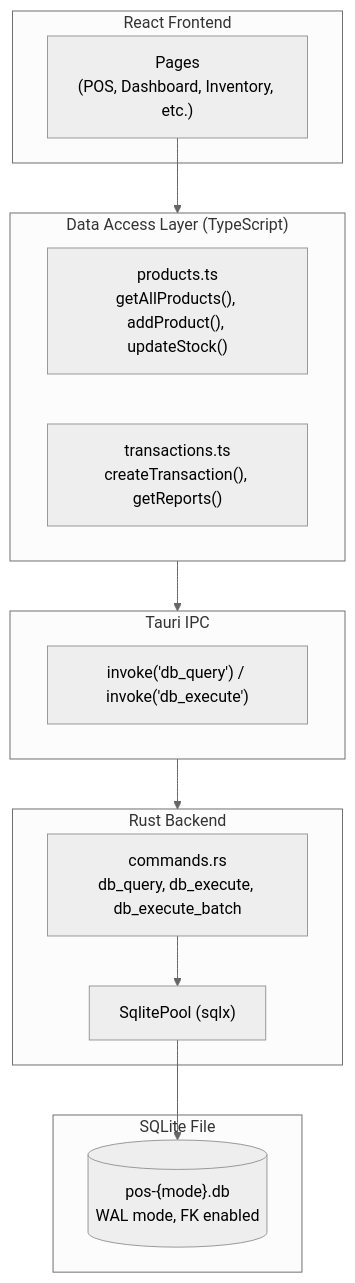
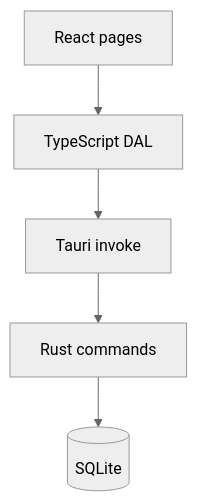
One commit to BootlegYouki/at-iba-pa-pos changed the first of 3 diagrams in docs/03-database.md. Above: the diagram before and after it, drawn with Mermaid (neutral theme). The commit also changed other lines of this file and 10 other files, not shown here.

First line of the commit message:
Refactor user guide and database schema documentation; enhance export reports feature

````diff
--- a/docs/03-database.md
+++ b/docs/03-database.md
@@ -7,30 +7,13 @@
 ```mermaid
 graph TB
-    subgraph Frontend["React Frontend"]
-        Pages["Pages<br/>(POS, Dashboard, Inventory, etc.)"]
-    end
+    UI["React pages"]
+    DAL["TypeScript DAL"]
+    IPC["Tauri invoke"]
+    Rust["Rust commands"]
+    DB[("SQLite")]
 
-    subgraph DAL["Data Access Layer (TypeScript)"]
-        ProductsDAL["products.ts<br/>getAllProducts(), addProduct(), updateStock()"]
-        TransactionsDAL["transactions.ts<br/>createTransaction(), getReports()"]
-    end
-
-    subgraph IPC["Tauri IPC"]
-        Invoke["invoke('db_query') / invoke('db_execute')"]
-    end
-
-    subgraph Rust["Rust Backend"]
-        Commands["commands.rs<br/>db_query, db_execute, db_execute_batch"]
-        Pool["SqlitePool (sqlx)"]
-    end
-
-    subgraph Storage["SQLite File"]
-        DB[("pos-{mode}.db<br/>WAL mode, FK enabled")]
-    end
-
-    Pages --> DAL
+    UI --> DAL
     DAL --> IPC
     IPC --> Rust
-    Commands --> Pool
-    Pool --> DB
+    Rust --> DB
 ```
````
